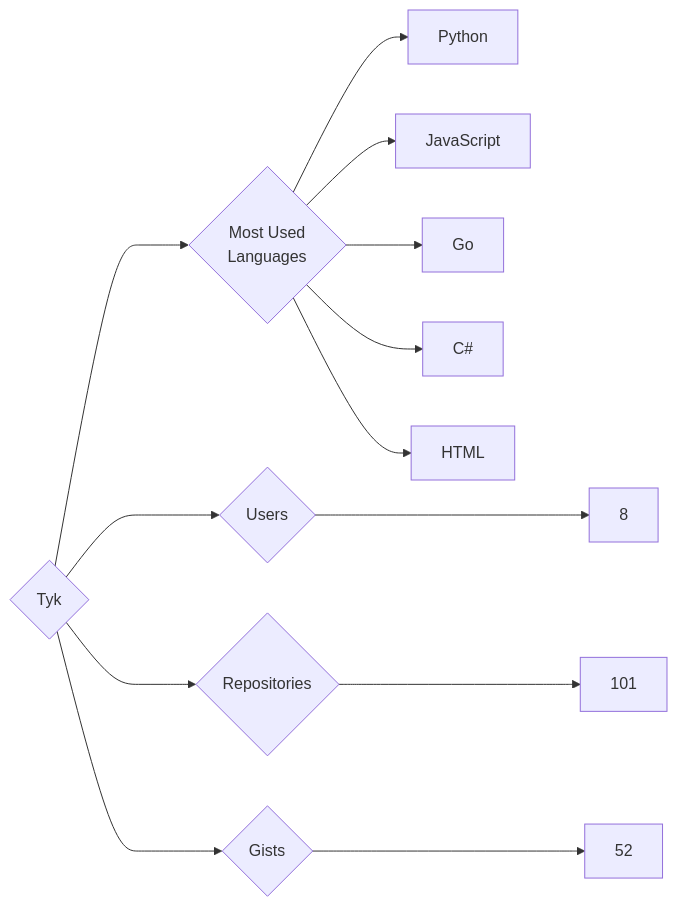
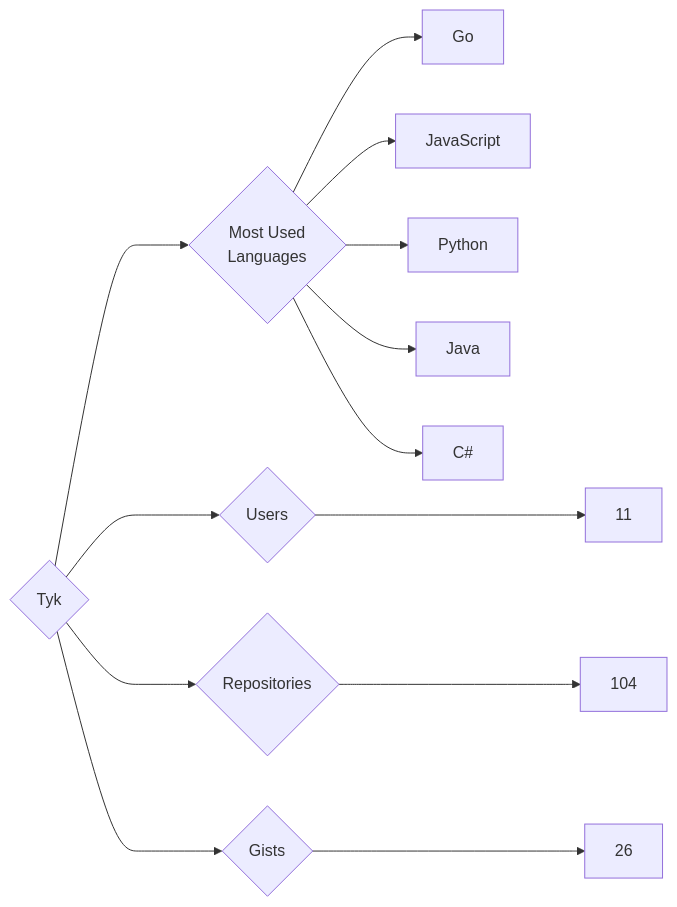
The diagram in targets/Tyk/README.md (trickest/insiders), drawn with Mermaid before and after one commit. The commit also changed 969 other files, not shown here.

````diff
--- a/targets/Tyk/README.md
+++ b/targets/Tyk/README.md
@@ -3,13 +3,13 @@
 ```mermaid
 graph LR
 COMPANY_NAME{Tyk}
-COMPANY_NAME ---> U{Users} ---> UN[8]
-COMPANY_NAME ---> R{Repositories} ---> RN[101]
-COMPANY_NAME ---> G{Gists} ---> GN[52]
+COMPANY_NAME ---> U{Users} ---> UN[11]
+COMPANY_NAME ---> R{Repositories} ---> RN[104]
+COMPANY_NAME ---> G{Gists} ---> GN[26]
 COMPANY_NAME ---> ML{Most Used<br>Languages}
+ML --> Go[Go]
+ML --> JavaScript[JavaScript]
 ML --> Python[Python]
-ML --> JavaScript[JavaScript]
-ML --> Go[Go]
+ML --> Java[Java]
 ML --> C#[C#]
-ML --> HTML[HTML]
 ```
````
